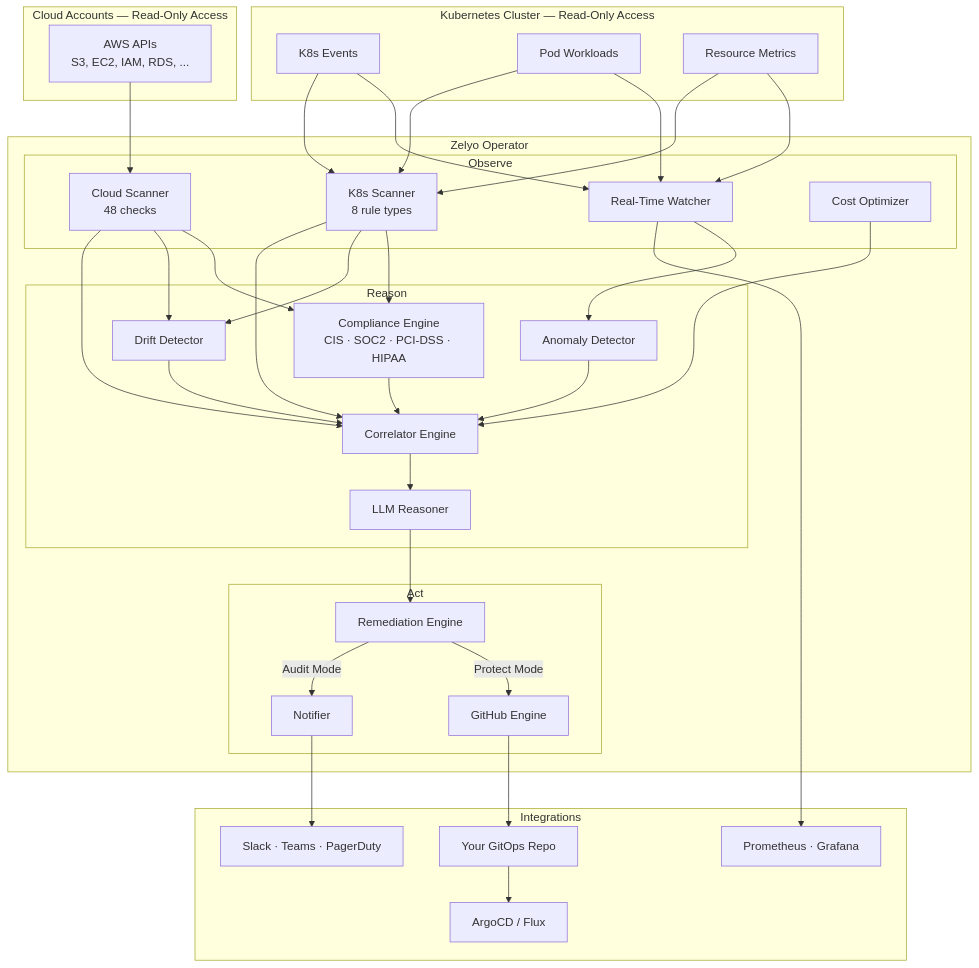
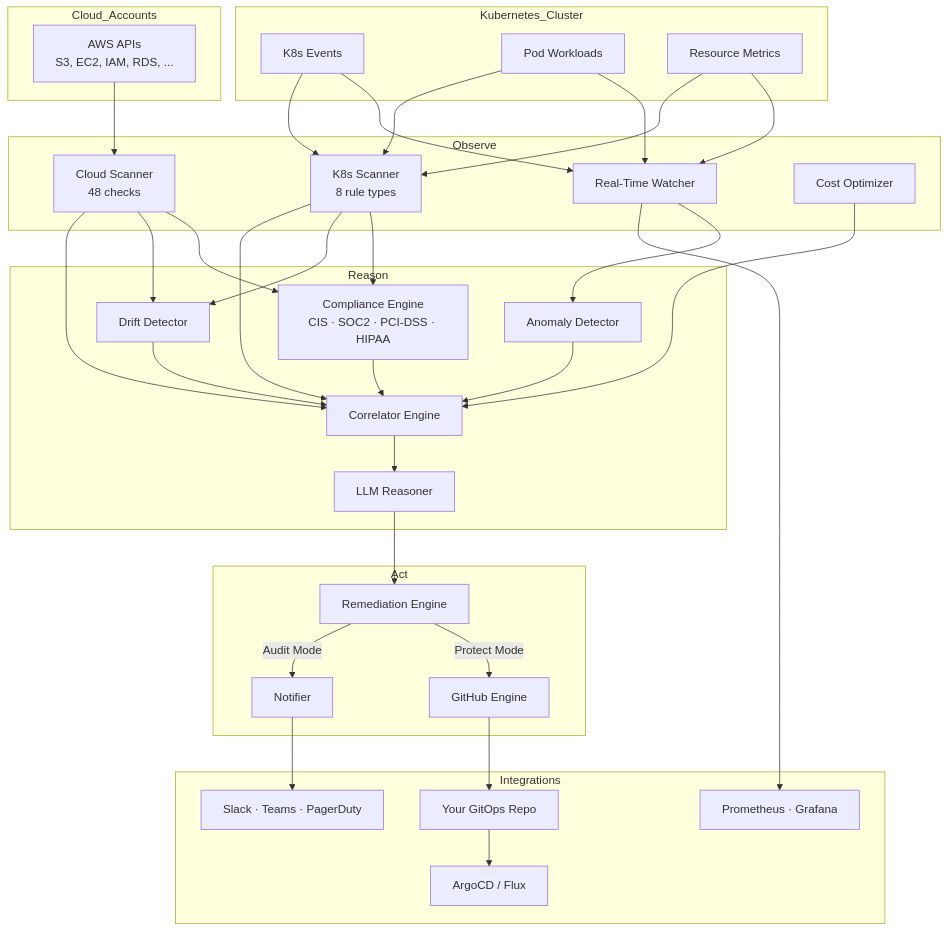
One commit to aotanami/aotanami changed the second of 2 diagrams in README.md. Above: the diagram before and after it, drawn with Mermaid. The commit also changed other lines of this file and 6 other files, not shown here.

````diff
--- a/README.md
+++ b/README.md
@@ -234,57 +223,67 @@
 ```mermaid
 graph TB
-    accTitle: Zelyo Operator architecture
-    accDescr: High-level system architecture showing observe, reason, and act phases
-    subgraph "Kubernetes Cluster — Read-Only Access"
-        Events[K8s Events]
-        Pods[Pod Workloads]
-        Metrics[Resource Metrics]
+    subgraph Kubernetes_Cluster
+        Events["K8s Events"]
+        Pods["Pod Workloads"]
+        Metrics["Resource Metrics"]
     end
 
-    subgraph "Cloud Accounts — Read-Only Access"
-        AWS[AWS APIs<br/>S3, EC2, IAM, RDS, ...]
+    subgraph Cloud_Accounts
+        AWS["AWS APIs<br/>S3, EC2, IAM, RDS, ..."]
     end
 
-    subgraph "Zelyo Operator"
-        subgraph "Observe"
-            Scanner[K8s Scanner<br/>8 rule types]
-            CloudScanner[Cloud Scanner<br/>48 checks]
-            Watcher[Real-Time Watcher]
-            CostEng[Cost Optimizer]
-        end
-        subgraph "Reason"
-            AnomalyDet[Anomaly Detector]
-            Correlator[Correlator Engine]
-            Compliance[Compliance Engine<br/>CIS · SOC2 · PCI-DSS · HIPAA]
-            DriftDet[Drift Detector]
-            LLM[LLM Reasoner]
-        end
-        subgraph "Act"
-            Remediation[Remediation Engine]
-            GitOps[GitHub Engine]
-            Notify[Notifier]
-        end
+    subgraph Observe
+        Scanner["K8s Scanner<br/>8 rule types"]
+        CloudScanner["Cloud Scanner<br/>48 checks"]
+        Watcher["Real-Time Watcher"]
+        CostEng["Cost Optimizer"]
+    end
+  
+    subgraph Reason
+        AnomalyDet["Anomaly Detector"]
+        Correlator["Correlator Engine"]
+        Compliance["Compliance Engine<br/>CIS · SOC2 · PCI-DSS · HIPAA"]
+        DriftDet["Drift Detector"]
+        LLM["LLM Reasoner"]
+    end
+  
+    subgraph Act
+        Remediation["Remediation Engine"]
+        GitOps["GitHub Engine"]
+        Notify["Notifier"]
     end
 
-    subgraph "Integrations"
-        GitRepo[Your GitOps Repo]
-        Alerts[Slack · Teams · PagerDuty]
-        Prom[Prometheus · Grafana]
-        ArgoFlux[ArgoCD / Flux]
+    subgraph Integrations
+        GitRepo["Your GitOps Repo"]
+        Alerts["Slack · Teams · PagerDuty"]
+        Prom["Prometheus · Grafana"]
+        ArgoFlux["ArgoCD / Flux"]
     end
 
-    Events & Pods & Metrics --> Watcher & Scanner
+    Events --> Watcher
+    Events --> Scanner
+    Pods --> Watcher
+    Pods --> Scanner
+    Metrics --> Watcher
+    Metrics --> Scanner
     AWS --> CloudScanner
     Watcher --> AnomalyDet
-    Scanner & CloudScanner --> Compliance & DriftDet
-    Scanner & CloudScanner & CostEng --> Correlator
-    AnomalyDet & DriftDet & Compliance --> Correlator
+    Scanner --> Compliance
+    Scanner --> DriftDet
+    CloudScanner --> Compliance
+    CloudScanner --> DriftDet
+    Scanner --> Correlator
+    CloudScanner --> Correlator
+    CostEng --> Correlator
+    AnomalyDet --> Correlator
+    DriftDet --> Correlator
+    Compliance --> Correlator
     Correlator --> LLM
     LLM --> Remediation
     Remediation -->|Protect Mode| GitOps
     Remediation -->|Audit Mode| Notify
     GitOps --> GitRepo
     GitRepo --> ArgoFlux
     Notify --> Alerts
     Watcher --> Prom
 ```
````
